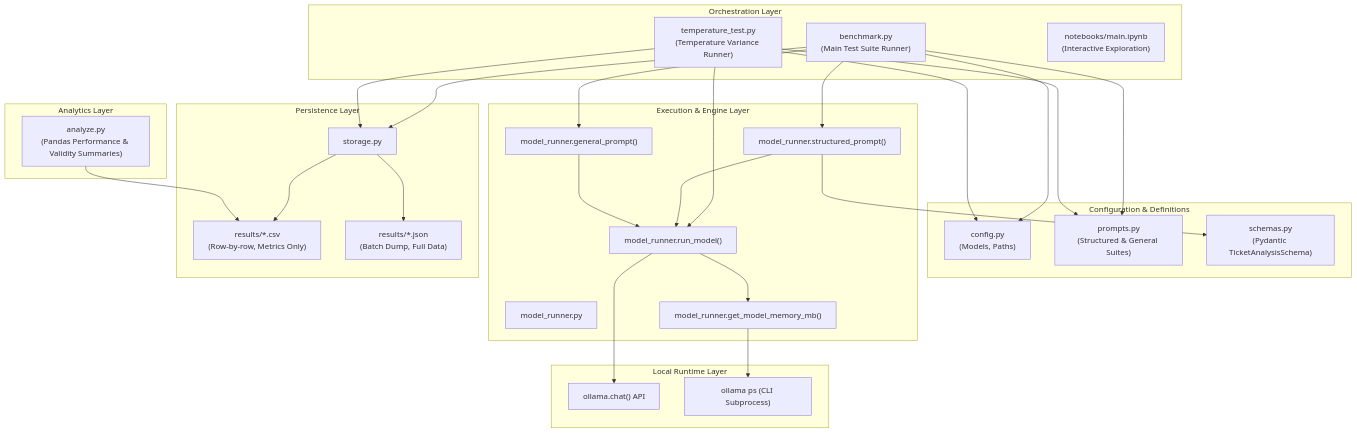
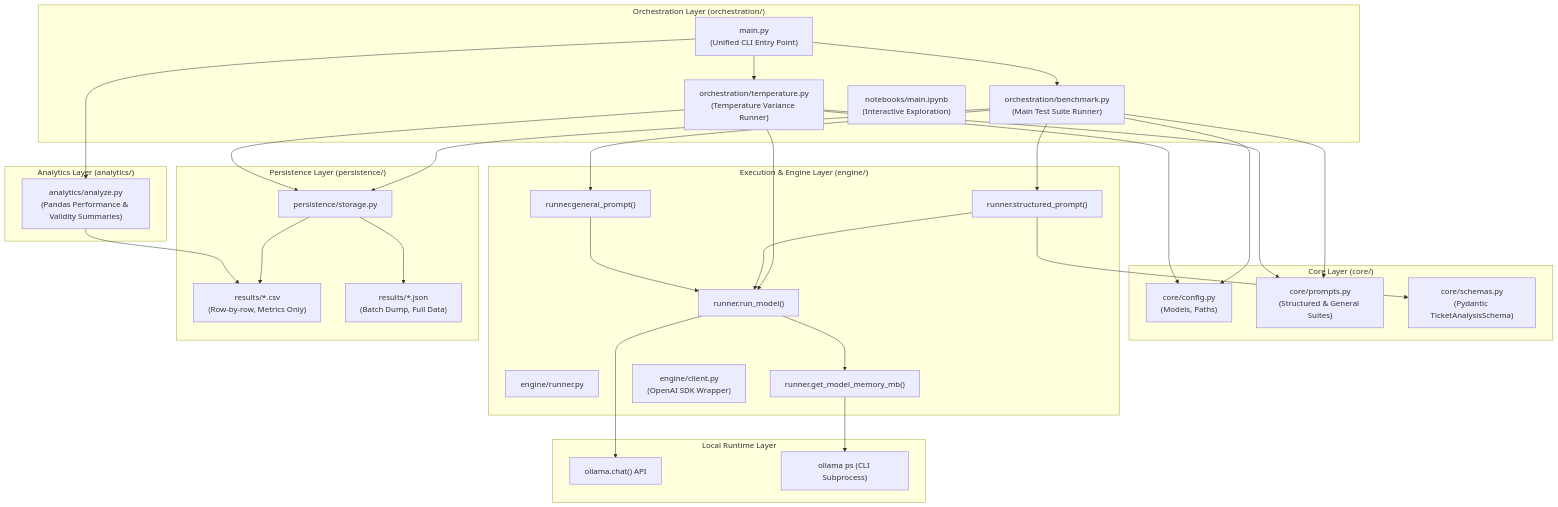
Before and after one commit to irritatednishant/LLM_Benchmarking: the first of 7 diagrams in CONTROL_FLOW.md, drawn with Mermaid. The commit also changed other lines of this file and 42 other files, not shown here.

````diff
--- a/CONTROL_FLOW.md
+++ b/CONTROL_FLOW.md
@@ -13,60 +13,66 @@
 ```mermaid
 graph TD
-    subgraph Configuration & Definitions
-        CFG["config.py<br/>(Models, Paths)"]
-        PRM["prompts.py<br/>(Structured & General Suites)"]
-        SCH["schemas.py<br/>(Pydantic TicketAnalysisSchema)"]
+    subgraph Core Layer ["Core Layer (core/)"]
+        CFG["core/config.py<br/>(Models, Paths)"]
+        PRM["core/prompts.py<br/>(Structured & General Suites)"]
+        SCH["core/schemas.py<br/>(Pydantic TicketAnalysisSchema)"]
     end
 
-    subgraph Orchestration Layer
-        BNCH["benchmark.py<br/>(Main Test Suite Runner)"]
-        TEMP["temperature_test.py<br/>(Temperature Variance Runner)"]
+    subgraph Orchestration Layer ["Orchestration Layer (orchestration/)"]
+        MAIN["main.py<br/>(Unified CLI Entry Point)"]
+        BNCH["orchestration/benchmark.py<br/>(Main Test Suite Runner)"]
+        TEMP["orchestration/temperature.py<br/>(Temperature Variance Runner)"]
         NB["notebooks/main.ipynb<br/>(Interactive Exploration)"]
     end
 
-    subgraph Execution & Engine Layer
-        MR["model_runner.py"]
-        RM["model_runner.run_model()"]
-        SP["model_runner.structured_prompt()"]
-        GP["model_runner.general_prompt()"]
-        MEM["model_runner.get_model_memory_mb()"]
+    subgraph Execution & Engine Layer ["Execution & Engine Layer (engine/)"]
+        MR["engine/runner.py"]
+        RM["runner.run_model()"]
+        SP["runner.structured_prompt()"]
+        GP["runner.general_prompt()"]
+        MEM["runner.get_model_memory_mb()"]
+        CL["engine/client.py<br/>(OpenAI SDK Wrapper)"]
     end
 
-    subgraph Local Runtime Layer
+    subgraph Local Runtime Layer ["Local Runtime Layer"]
         OLLAMA_CHAT["ollama.chat() API"]
         OLLAMA_PS["ollama ps (CLI Subprocess)"]
     end
 
-    subgraph Persistence Layer
-        STR["storage.py"]
+    subgraph Persistence Layer ["Persistence Layer (persistence/)"]
+        STR["persistence/storage.py"]
         CSV["results/*.csv<br/>(Row-by-row, Metrics Only)"]
         JSON["results/*.json<br/>(Batch Dump, Full Data)"]
     end
 
-    subgraph Analytics Layer
-        ANZ["analyze.py<br/>(Pandas Performance & Validity Summaries)"]
+    subgraph Analytics Layer ["Analytics Layer (analytics/)"]
+        ANZ["analytics/analyze.py<br/>(Pandas Performance & Validity Summaries)"]
     end
 
     %% Dependencies
+    MAIN --> BNCH
+    MAIN --> TEMP
+    MAIN --> ANZ
+
     BNCH --> CFG
     BNCH --> PRM
     BNCH --> SP
     BNCH --> GP
     BNCH --> STR
 
     TEMP --> CFG
     TEMP --> PRM
     TEMP --> RM
     TEMP --> STR
 
     SP --> SCH
     SP --> RM
     GP --> RM
     RM --> OLLAMA_CHAT
     RM --> MEM
     MEM --> OLLAMA_PS
 
     STR --> CSV
     STR --> JSON
     ANZ --> CSV
 ```
````
